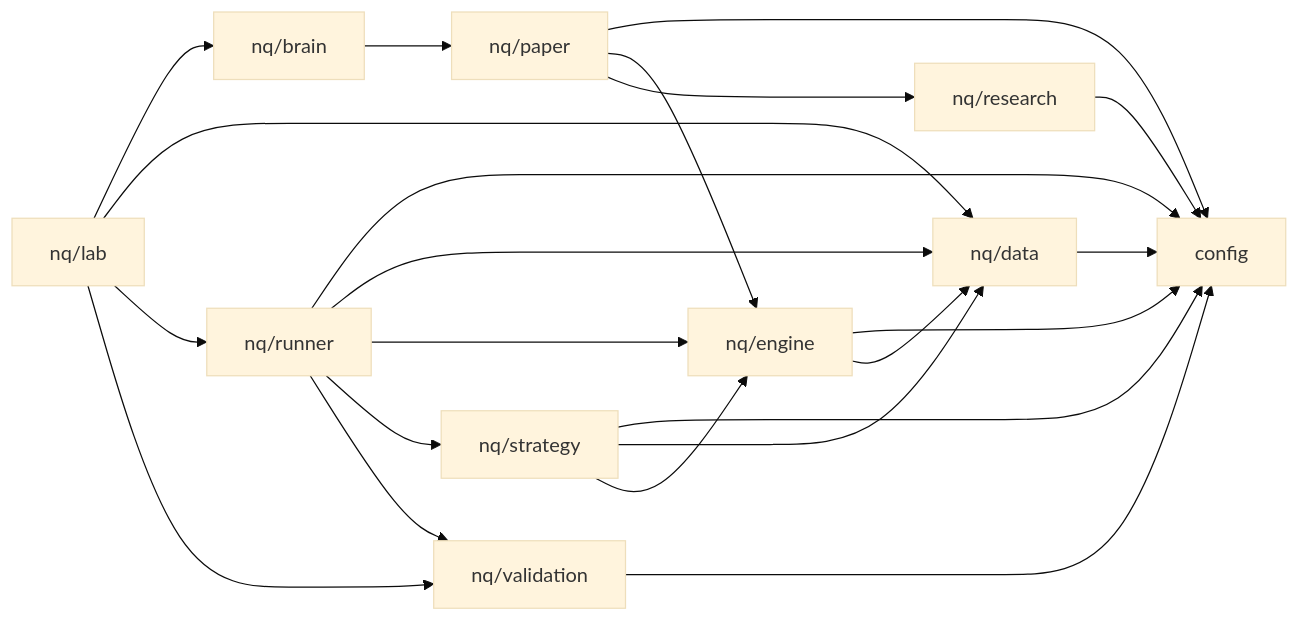
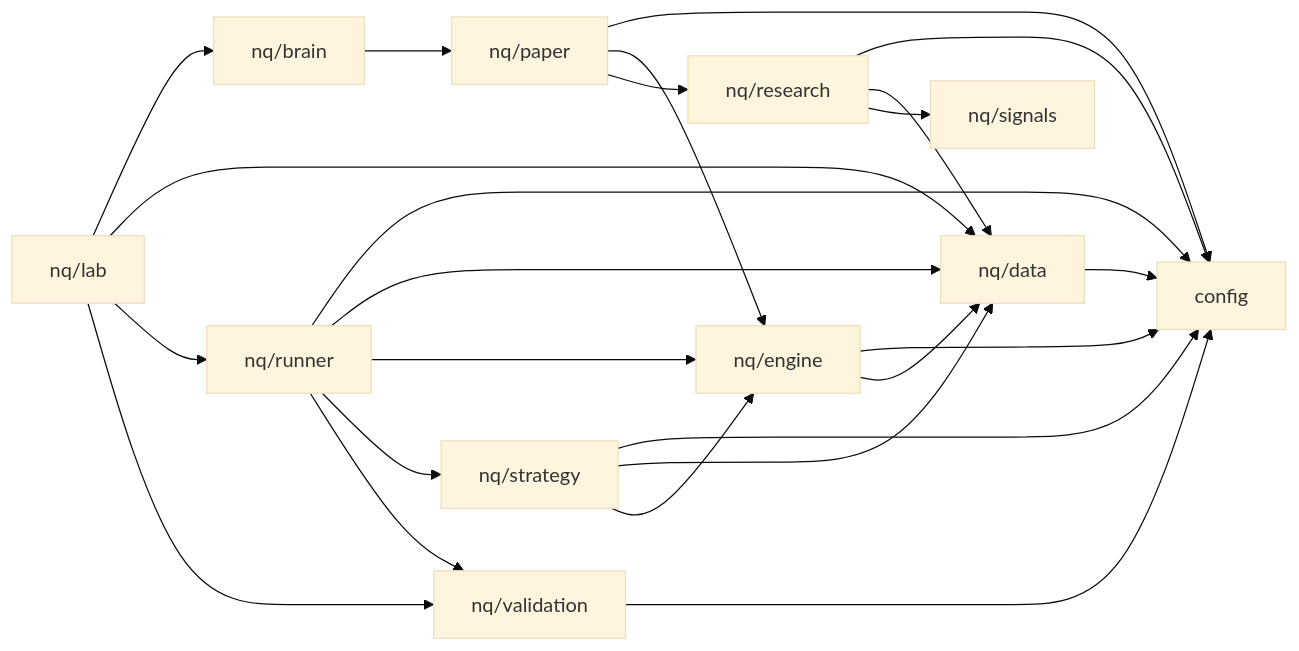
The diagram in docs/DEPENDENCY_MAP.md (kreeshpatel/nifty-satvik), drawn with Mermaid (base theme) before and after one commit. The commit also changed 10 other files, not shown here.

````diff
--- a/docs/DEPENDENCY_MAP.md
+++ b/docs/DEPENDENCY_MAP.md
@@ -11,34 +11,37 @@
 ```mermaid
 flowchart LR
     config["config"]
     nq_brain["nq/brain"]
     nq_data["nq/data"]
     nq_engine["nq/engine"]
     nq_lab["nq/lab"]
     nq_paper["nq/paper"]
     nq_research["nq/research"]
     nq_runner["nq/runner"]
+    nq_signals["nq/signals"]
     nq_strategy["nq/strategy"]
     nq_validation["nq/validation"]
     nq_brain --> nq_paper
     nq_data --> config
     nq_engine --> config
     nq_engine --> nq_data
     nq_lab --> nq_brain
     nq_lab --> nq_data
     nq_lab --> nq_runner
     nq_lab --> nq_validation
     nq_paper --> config
     nq_paper --> nq_engine
     nq_paper --> nq_research
     nq_research --> config
+    nq_research --> nq_data
+    nq_research --> nq_signals
     nq_runner --> config
     nq_runner --> nq_data
     nq_runner --> nq_engine
     nq_runner --> nq_strategy
     nq_runner --> nq_validation
     nq_strategy --> config
     nq_strategy --> nq_data
     nq_strategy --> nq_engine
     nq_validation --> config
 ```
````
